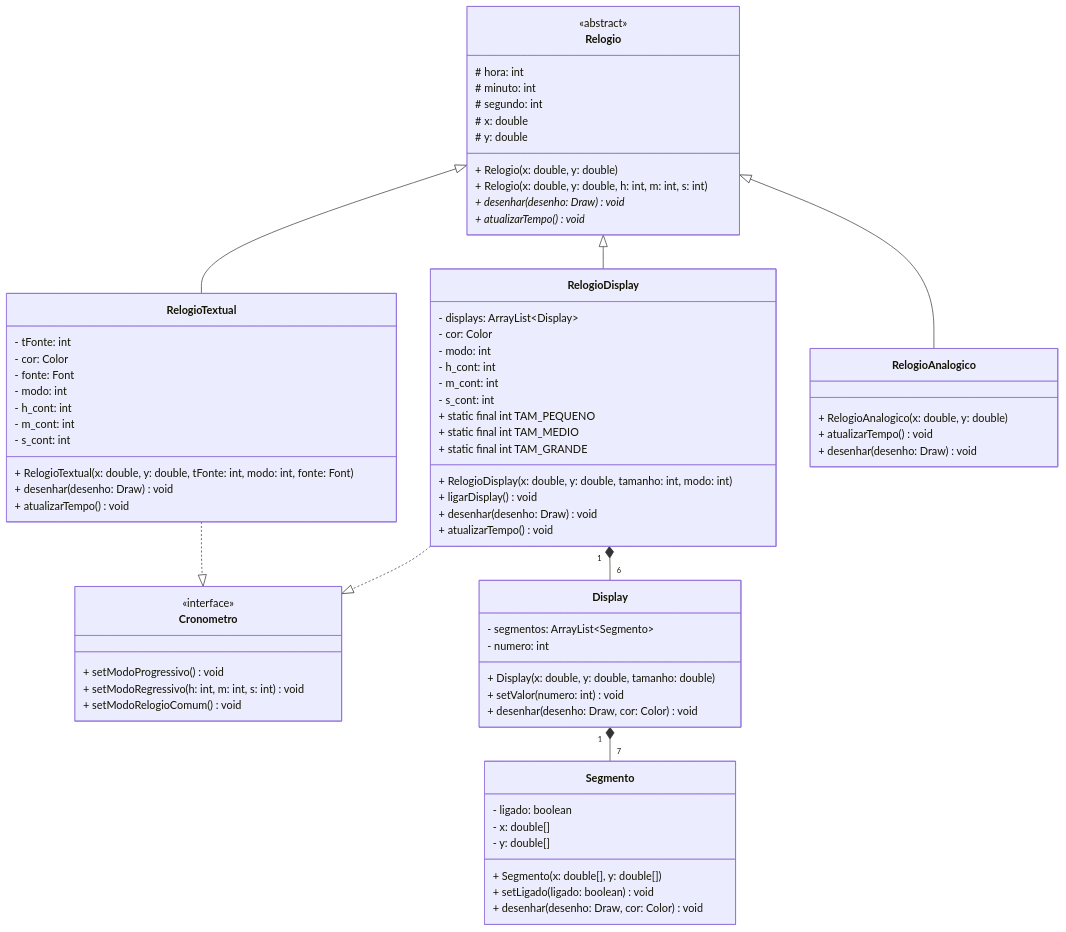
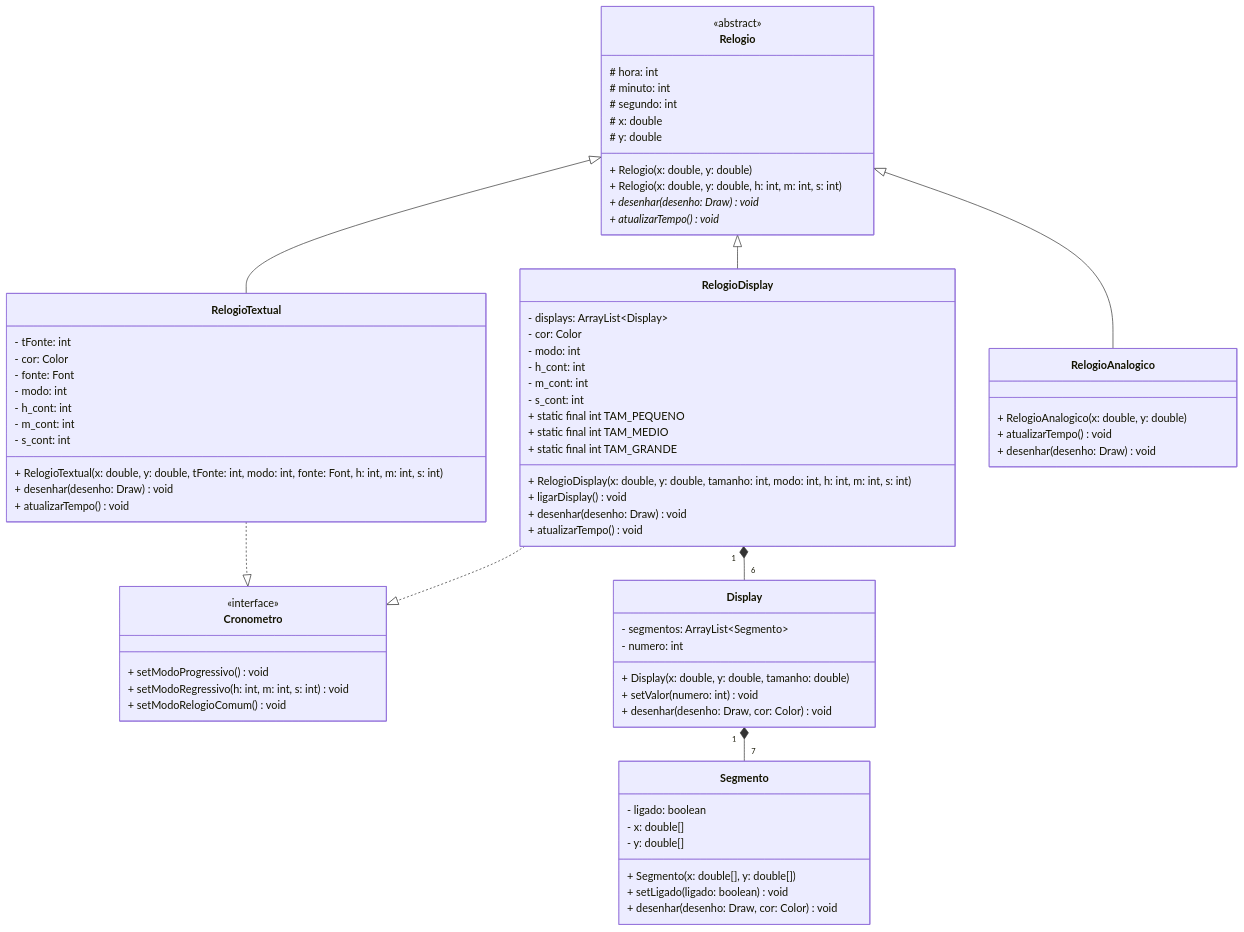
The diagram in lab_06/README.md (sfvini/POO), drawn with Mermaid before and after one commit. The commit also changed 7 other files, not shown here.

```diff
--- a/lab_06/README.md
+++ b/lab_06/README.md
@@ -41,7 +41,7 @@
         + static final int TAM_PEQUENO
         + static final int TAM_MEDIO
         + static final int TAM_GRANDE
-        + RelogioDisplay(x: double, y: double, tamanho: int, modo: int)
+        + RelogioDisplay(x: double, y: double, tamanho: int, modo: int, h: int, m: int, s: int)
         + ligarDisplay() void
         + desenhar(desenho: Draw) void
         + atualizarTempo() void
@@ -55,7 +55,7 @@
         - h_cont: int
         - m_cont: int
         - s_cont: int
-        + RelogioTextual(x: double, y: double, tFonte: int, modo: int, fonte: Font)
+        + RelogioTextual(x: double, y: double, tFonte: int, modo: int, fonte: Font, h: int, m: int, s: int)
         + desenhar(desenho: Draw) void
         + atualizarTempo() void
     }
```
